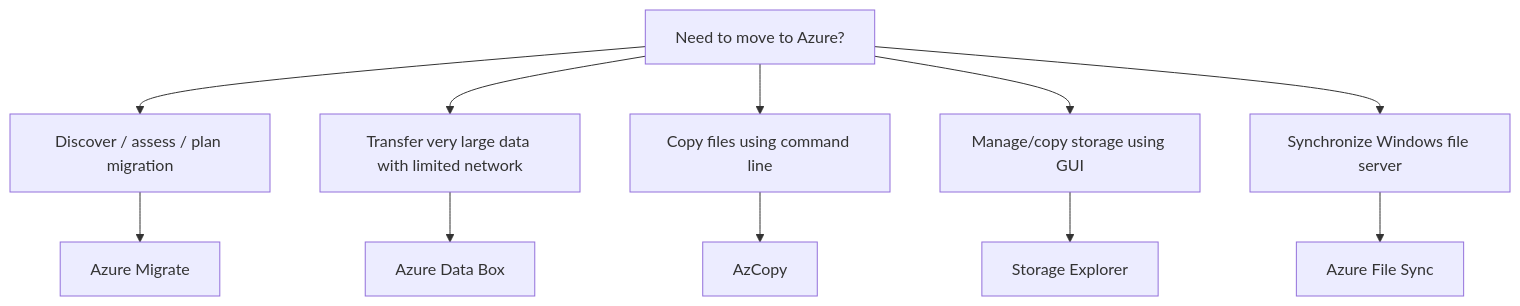
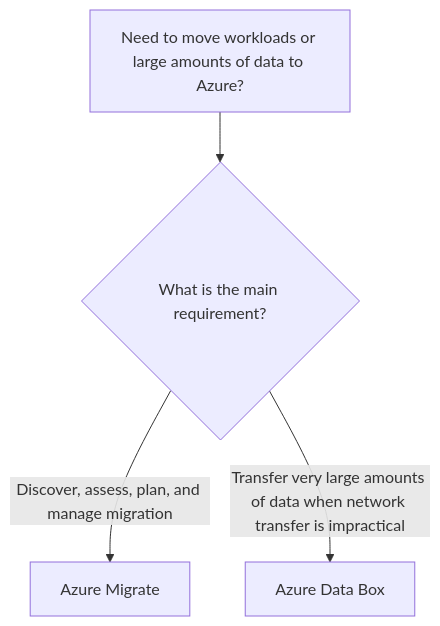
One commit to zhyordanova/azure-fundamentals-handbook changed the diagram in docs/05-storage/10-data-migration.md. Above: the diagram before and after it, drawn with Mermaid. The commit also changed other lines of this file and 1 other file, not shown here.

Commit message:
refactor: remove duplicate storage decision content

````diff
--- a/docs/05-storage/10-data-migration.md
+++ b/docs/05-storage/10-data-migration.md
@@ -32,16 +32,9 @@
 ```mermaid
 flowchart TD
-    A["Need to move to Azure?"]
+    A["Need to move workloads or large amounts of data to Azure?"]
 
-    A --> B["Discover / assess / plan migration"]
-    A --> C["Transfer very large data with limited network"]
-    A --> D["Copy files using command line"]
-    A --> E["Manage/copy storage using GUI"]
-    A --> F["Synchronize Windows file server"]
+    A --> B{"What is the main requirement?"}
 
-    B --> MIG["Azure Migrate"]
-    C --> BOX["Azure Data Box"]
-    D --> AZ["AzCopy"]
-    E --> SE["Storage Explorer"]
-    F --> FS["Azure File Sync"]
+    B -->|"Discover, assess, plan, and manage migration"| MIG["Azure Migrate"]
+    B -->|"Transfer very large amounts of data when network transfer is impractical"| BOX["Azure Data Box"]
 ```
````
